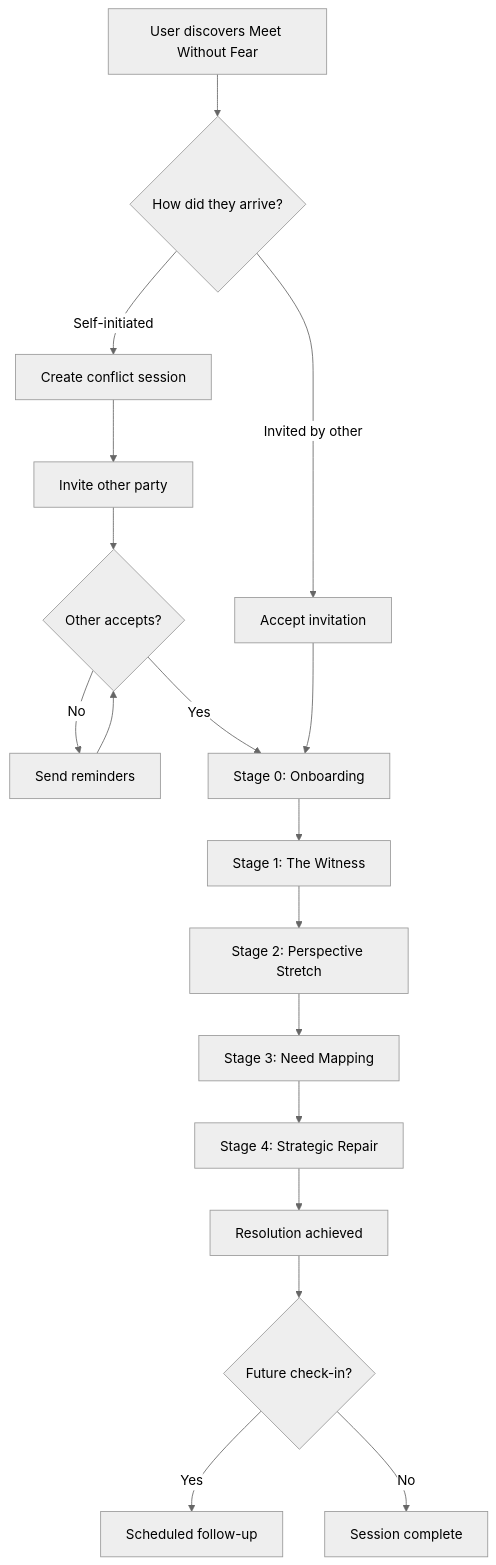
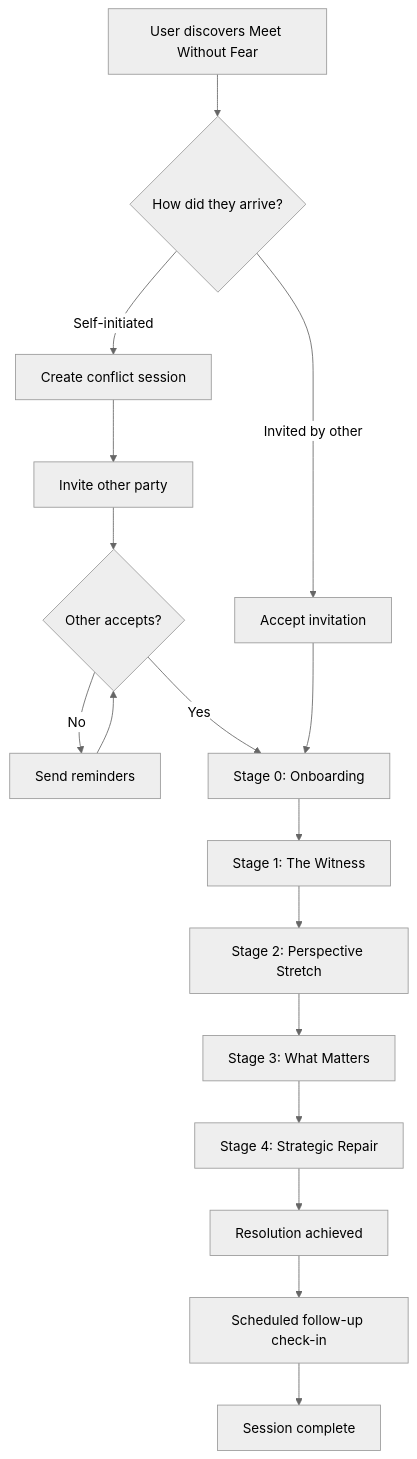
Before and after one commit to shantamg/meet-without-fear: the first of 8 diagrams in docs/product/user-journey.md, drawn with Mermaid (neutral theme). The commit also changed other lines of this file and 21 other files, not shown here.

First line of the commit message:
docs: align stage docs with Darryl's authoritative gold flow

````diff
--- a/docs/product/user-journey.md
+++ b/docs/product/user-journey.md
@@ -12,24 +12,23 @@
 ```mermaid
 flowchart TD
     Entry[User discovers Meet Without Fear] --> Invite{How did they arrive?}
     Invite -->|Self-initiated| Create[Create conflict session]
     Invite -->|Invited by other| Accept[Accept invitation]
 
     Create --> InviteOther[Invite other party]
     InviteOther --> WaitAccept{Other accepts?}
     WaitAccept -->|No| Remind[Send reminders]
     WaitAccept -->|Yes| Stage0
     Remind --> WaitAccept
 
     Accept --> Stage0[Stage 0: Onboarding]
 
     Stage0 --> Stage1[Stage 1: The Witness]
     Stage1 --> Stage2[Stage 2: Perspective Stretch]
-    Stage2 --> Stage3[Stage 3: Need Mapping]
+    Stage2 --> Stage3[Stage 3: What Matters]
     Stage3 --> Stage4[Stage 4: Strategic Repair]
     Stage4 --> Resolution[Resolution achieved]
 
-    Resolution --> Followup{Future check-in?}
-    Followup -->|Yes| CheckIn[Scheduled follow-up]
-    Followup -->|No| Complete[Session complete]
+    Resolution --> CheckIn[Scheduled follow-up check-in]
+    CheckIn --> Complete[Session complete]
 ```
````
